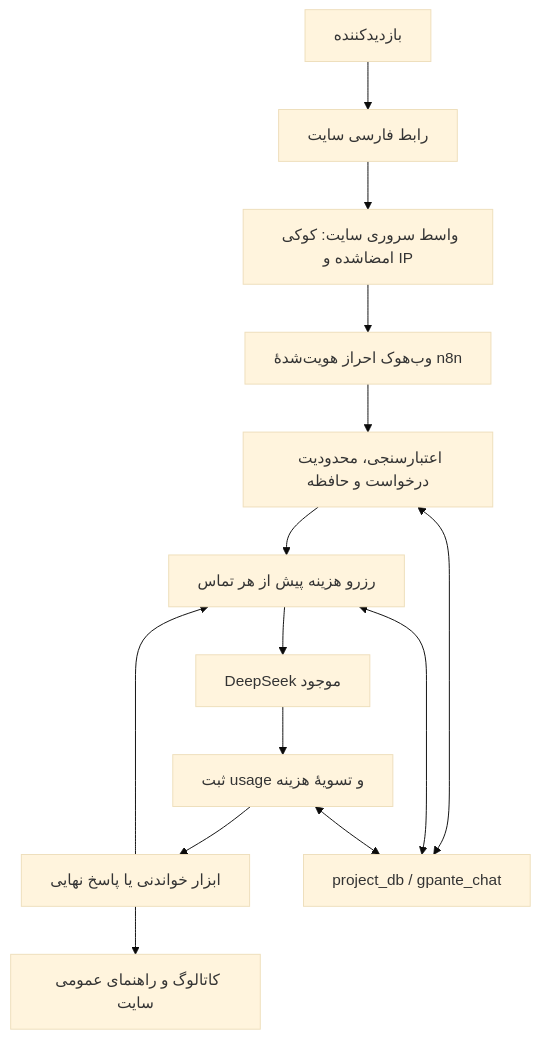
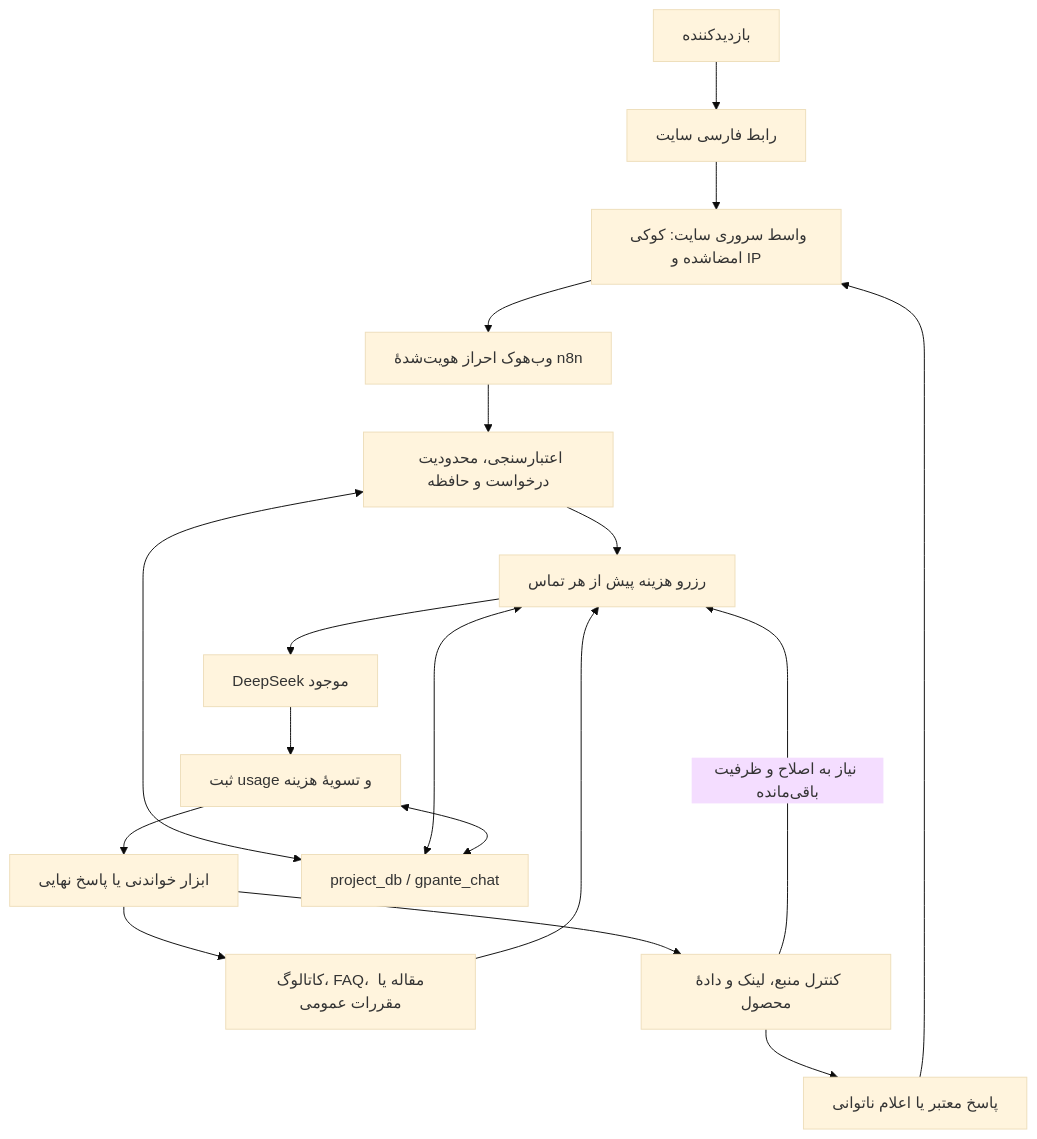
Before and after one commit to vahid162/n8n-chat-gpante.com: the diagram in README.md, drawn with Mermaid (base theme). The commit also changed other lines of this file and 3 other files, not shown here.

````diff
--- a/README.md
+++ b/README.md
@@ -60,16 +60,20 @@
 ```mermaid
 flowchart TD
     A["بازدیدکننده"] --> B["رابط فارسی سایت"]
     B --> C["واسط سروری سایت: کوکی امضاشده و IP"]
     C --> D["وب‌هوک احراز هویت‌شدهٔ n8n"]
     D --> E["اعتبارسنجی، محدودیت درخواست و حافظه"]
     E --> F["رزرو هزینه پیش از هر تماس"]
     F --> G["DeepSeek موجود"]
     G --> H["ثبت usage و تسویهٔ هزینه"]
     H --> I["ابزار خواندنی یا پاسخ نهایی"]
-    I --> J["کاتالوگ و راهنمای عمومی سایت"]
-    I --> F
+    I --> J["کاتالوگ، FAQ، مقاله یا مقررات عمومی"]
+    J --> F
+    I --> L["کنترل منبع، لینک و دادهٔ محصول"]
+    L -->|"نیاز به اصلاح و ظرفیت باقی‌مانده"| F
+    L --> M["پاسخ معتبر یا اعلام ناتوانی"]
+    M --> C
     E <--> K["project_db / gpante_chat"]
     F <--> K
     H <--> K
 ```
````
